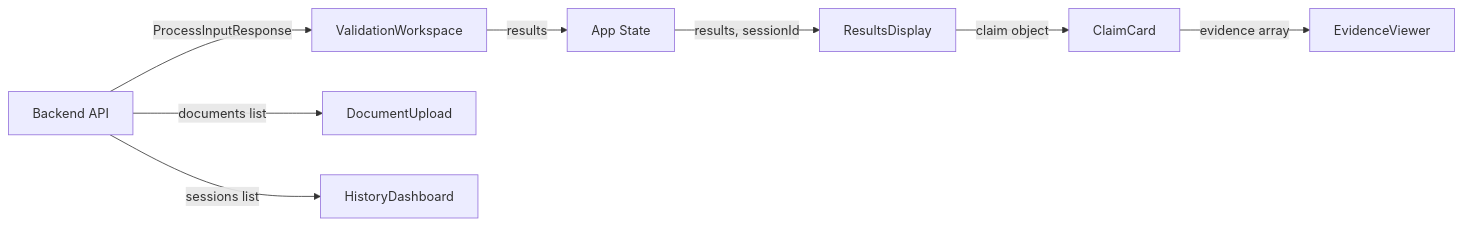
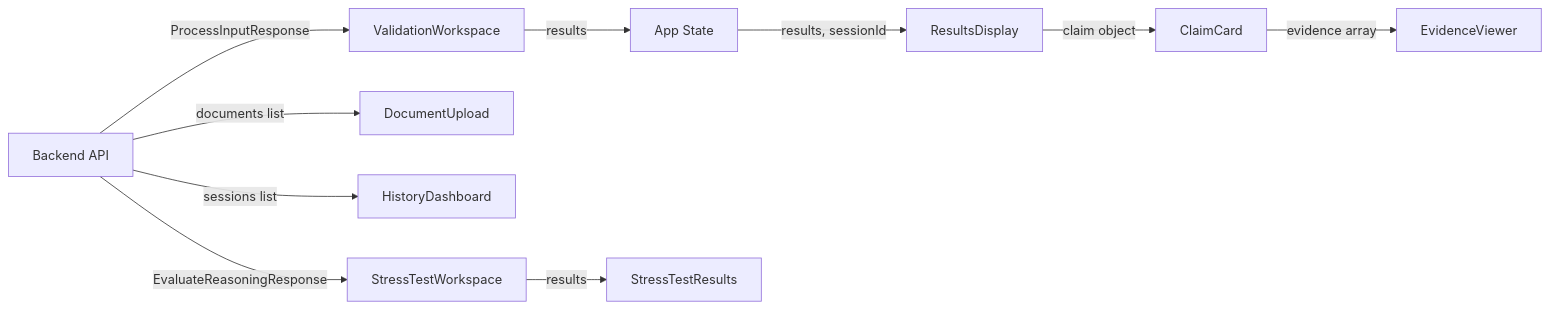
Before and after one commit to chandan112307/evilearn-2: the third of 4 diagrams in frontend/README.md, drawn with Mermaid. The commit also changed other lines of this file and 3 other files, not shown here.

First line of the commit message:
docs: update all READMEs with Knowledge Stress-Test Engine documentation

````diff
--- a/frontend/README.md
+++ b/frontend/README.md
@@ -265,11 +317,13 @@
 ```mermaid
 flowchart LR
     A[Backend API] -->|ProcessInputResponse| B[ValidationWorkspace]
     B -->|results| C[App State]
     C -->|results, sessionId| D[ResultsDisplay]
     D -->|claim object| E[ClaimCard]
     E -->|evidence array| F[EvidenceViewer]
 
     A -->|documents list| G[DocumentUpload]
     A -->|sessions list| H[HistoryDashboard]
+    A -->|EvaluateReasoningResponse| I[StressTestWorkspace]
+    I -->|results| J[StressTestResults]
 ```
````
